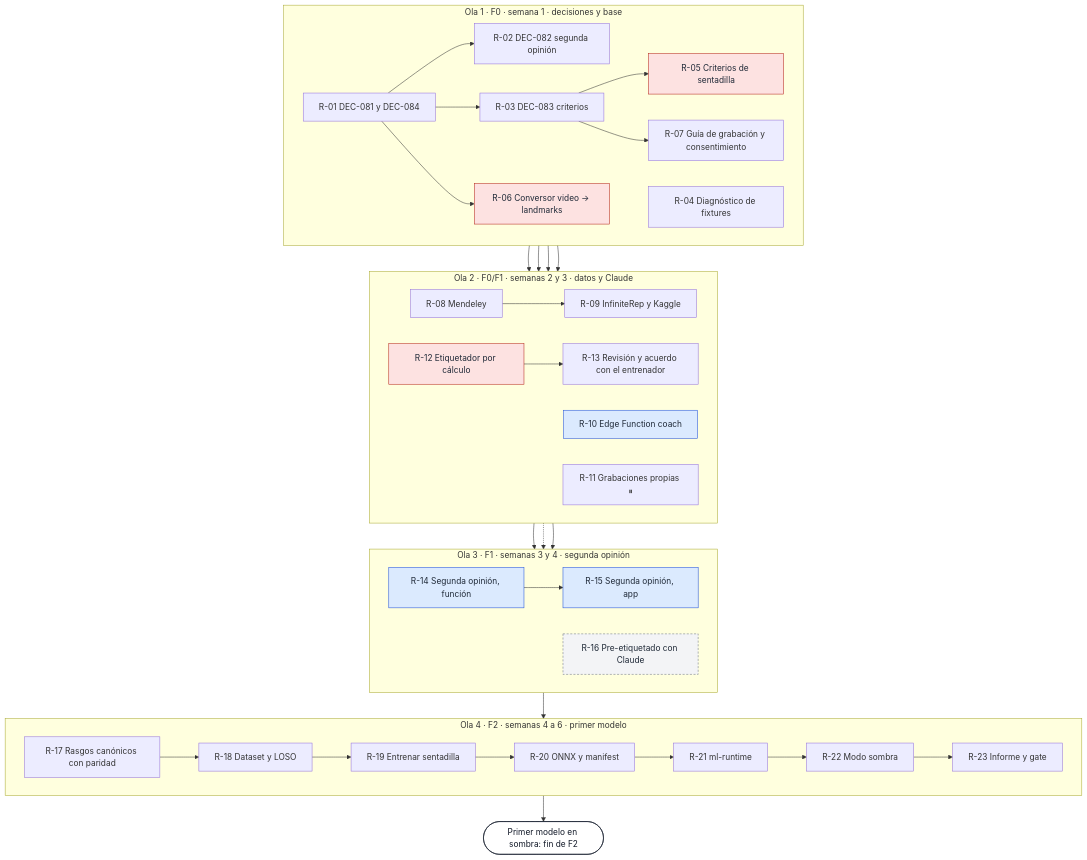
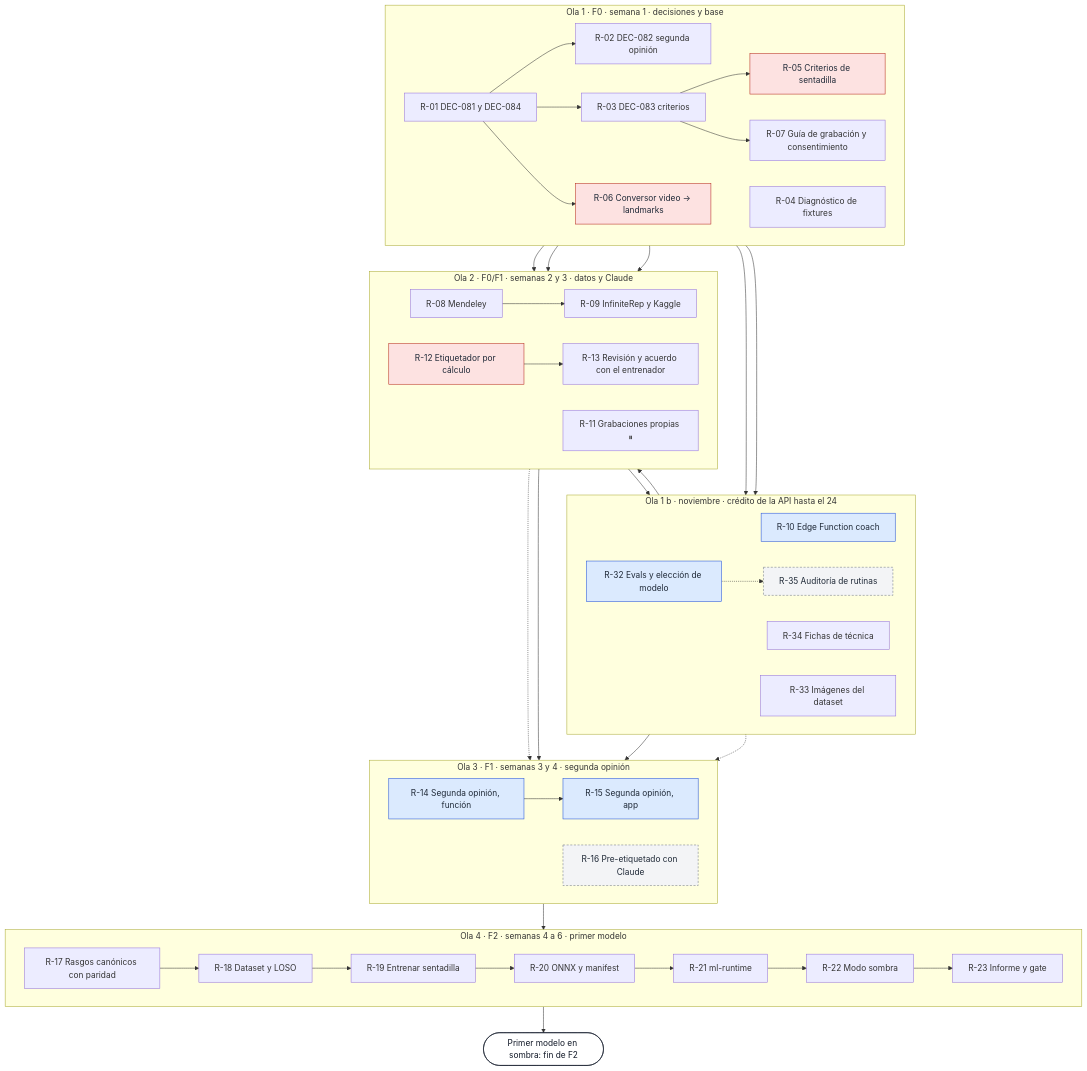
Before and after one commit to govandoh/entrenador-personal-ia: the diagram in docs/ROADMAP-COMERCIAL.md, drawn with Mermaid. The commit also changed other lines of this file and 7 other files, not shown here.

````diff
--- a/docs/ROADMAP-COMERCIAL.md
+++ b/docs/ROADMAP-COMERCIAL.md
@@ -97,39 +105,51 @@
 ```mermaid
 flowchart TB
   classDef critico fill:#fde2e1,stroke:#b42318,color:#1f2937
   classDef vendible fill:#dbeafe,stroke:#1d4ed8,color:#1f2937
   classDef opcional fill:#f3f4f6,stroke:#6b7280,color:#1f2937,stroke-dasharray:4 3
   classDef hito fill:#ffffff,stroke:#111827,color:#111827
 
   subgraph O1["Ola 1 · F0 · semana 1 · decisiones y base"]
     direction LR
     R01["R-01 DEC-081 y DEC-084"] --> R02["R-02 DEC-082 segunda opinión"]
     R01 --> R03["R-03 DEC-083 criterios"]
     R04["R-04 Diagnóstico de fixtures"]
     R03 --> R05["R-05 Criterios de sentadilla"]:::critico
     R01 --> R06["R-06 Conversor video → landmarks"]:::critico
     R03 --> R07["R-07 Guía de grabación y consentimiento"]
   end
 
+  subgraph O1b["Ola 1 b · noviembre · crédito de la API hasta el 24"]
+    direction LR
+    R10["R-10 Edge Function coach"]:::vendible
+    R32["R-32 Evals y elección de modelo"]:::vendible
+    R34["R-34 Fichas de técnica"]
+    R33["R-33 Imágenes del dataset"]
+    R35["R-35 Auditoría de rutinas"]:::opcional
+  end
+
   subgraph O2["Ola 2 · F0/F1 · semanas 2 y 3 · datos y Claude"]
     direction LR
     R06 --> R08["R-08 Mendeley"] --> R09["R-09 InfiniteRep y Kaggle"]
-    R10["R-10 Edge Function coach"]:::vendible
     R07 --> R11["R-11 Grabaciones propias ⏸"]
     R05 --> R12["R-12 Etiquetador por cálculo"]:::critico --> R13["R-13 Revisión y acuerdo con el entrenador"]
   end
 
   subgraph O3["Ola 3 · F1 · semanas 3 y 4 · segunda opinión"]
     direction LR
     R10 --> R14["R-14 Segunda opinión, función"]:::vendible --> R15["R-15 Segunda opinión, app"]:::vendible
     R12 -.-> R16["R-16 Pre-etiquetado con Claude"]:::opcional
   end
 
   subgraph O4["Ola 4 · F2 · semanas 4 a 6 · primer modelo"]
     direction LR
     R17["R-17 Rasgos canónicos con paridad"] --> R18["R-18 Dataset y LOSO"] --> R19["R-19 Entrenar sentadilla"] --> R20["R-20 ONNX y manifest"] --> R21["R-21 ml-runtime"] --> R22["R-22 Modo sombra"] --> R23["R-23 Informe y gate"]
   end
 
-  O1 --> O2 --> O3 --> O4
+  R02 --> R32
+  R32 -.-> R14
+  R32 -.-> R35
+  R08 --> R33
+  O1 --> O1b --> O2 --> O3 --> O4
   R23 --> HITO(["Primer modelo en sombra: fin de F2"]):::hito
 ```
````
